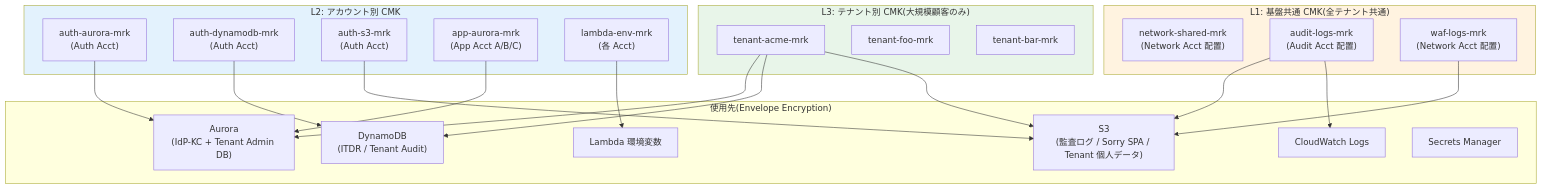
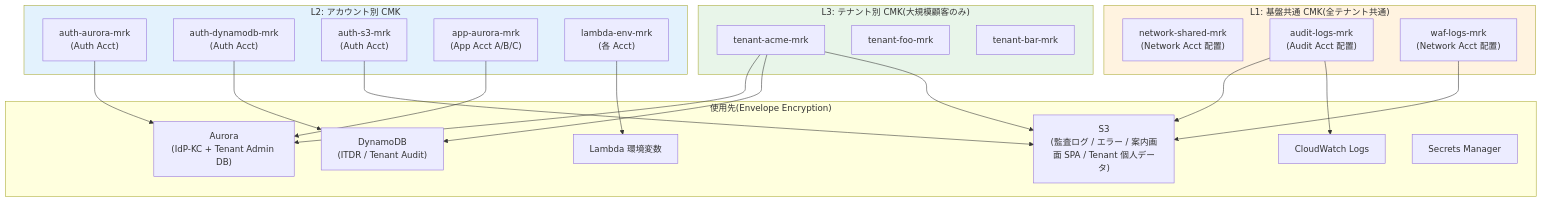
One commit to suepie/aws-atuh-poc changed the first of 3 diagrams in doc/adr/045-cryptographic-key-management-strategy.md. Above: the diagram before and after it, drawn with Mermaid. The commit also changed other lines of this file and 53 other files, not shown here.

````diff
--- a/doc/adr/045-cryptographic-key-management-strategy.md
+++ b/doc/adr/045-cryptographic-key-management-strategy.md
@@ -111,47 +111,47 @@
 ```mermaid
 flowchart TB
     subgraph L1["L1: 基盤共通 CMK(全テナント共通)"]
         L1A["network-shared-mrk<br/>(Network Acct 配置)"]
         L1B["audit-logs-mrk<br/>(Audit Acct 配置)"]
         L1C["waf-logs-mrk<br/>(Network Acct 配置)"]
     end
 
     subgraph L2["L2: アカウント別 CMK"]
         L2A["auth-aurora-mrk<br/>(Auth Acct)"]
         L2B["auth-dynamodb-mrk<br/>(Auth Acct)"]
         L2C["auth-s3-mrk<br/>(Auth Acct)"]
         L2D["app-aurora-mrk<br/>(App Acct A/B/C)"]
         L2E["lambda-env-mrk<br/>(各 Acct)"]
     end
 
     subgraph L3["L3: テナント別 CMK(大規模顧客のみ)"]
         L3A["tenant-acme-mrk"]
         L3B["tenant-foo-mrk"]
         L3C["tenant-bar-mrk"]
     end
 
     subgraph Use["使用先(Envelope Encryption)"]
         Aurora["Aurora<br/>(IdP-KC + Tenant Admin DB)"]
         DDB["DynamoDB<br/>(ITDR / Tenant Audit)"]
-        S3["S3<br/>(監査ログ / Sorry SPA / Tenant 個人データ)"]
+        S3["S3<br/>(監査ログ / エラー / 案内画面 SPA / Tenant 個人データ)"]
         Lambda["Lambda 環境変数"]
         CW["CloudWatch Logs"]
         Secrets["Secrets Manager"]
     end
 
     L2A --> Aurora
     L2B --> DDB
     L2C --> S3
     L2D --> Aurora
     L2E --> Lambda
     L1B --> S3
     L1B --> CW
     L1C --> S3
     L3A --> Aurora
     L3A --> DDB
     L3A --> S3
 
     style L1 fill:#fff3e0
     style L2 fill:#e3f2fd
     style L3 fill:#e8f5e9
 ```
````
